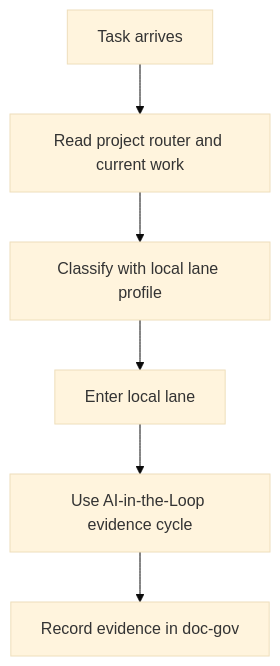
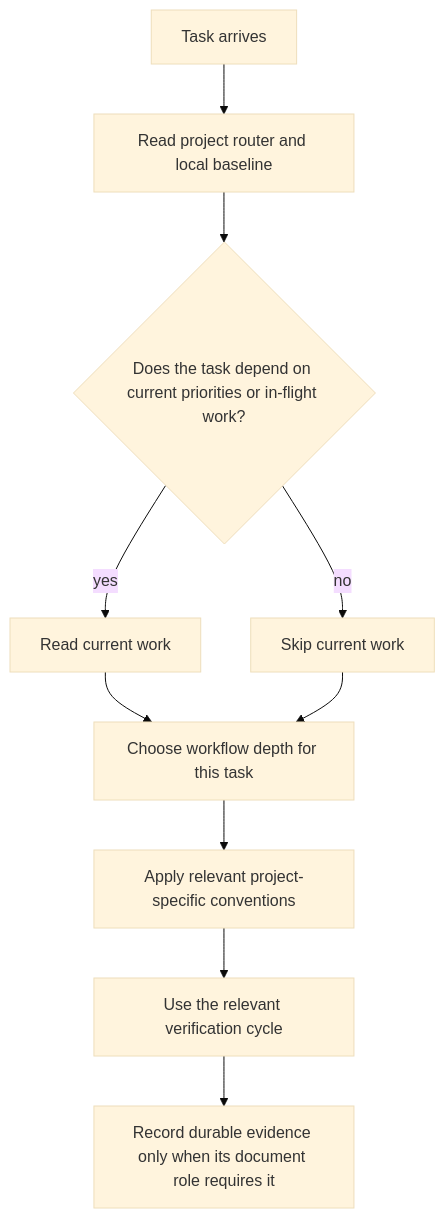
The diagram in docs/governance/agents-routing/engineering-runtime-v1.1.md (PieAIStudio/SupaLuv), drawn with Mermaid (base theme) before and after one commit. The commit also changed other lines of this file and 10 other files, not shown here.

````diff
--- a/docs/governance/agents-routing/engineering-runtime-v1.1.md
+++ b/docs/governance/agents-routing/engineering-runtime-v1.1.md
@@ -31,8 +31,12 @@
 ```mermaid
 flowchart TD
-  A["Task arrives"] --> B["Read project router and current work"]
-  B --> C["Classify with local lane profile"]
-  C --> F["Enter local lane"]
-  F --> H["Use AI-in-the-Loop evidence cycle"]
-  H --> I["Record evidence in doc-gov"]
+  A["Task arrives"] --> B["Read project router and local baseline"]
+  B --> C{"Does the task depend on current priorities or in-flight work?"}
+  C -->|"yes"| D["Read current work"]
+  C -->|"no"| E["Skip current work"]
+  D --> F["Choose workflow depth for this task"]
+  E --> F
+  F --> G["Apply relevant project-specific conventions"]
+  G --> H["Use the relevant verification cycle"]
+  H --> I["Record durable evidence only when its document role requires it"]
 ```
````
